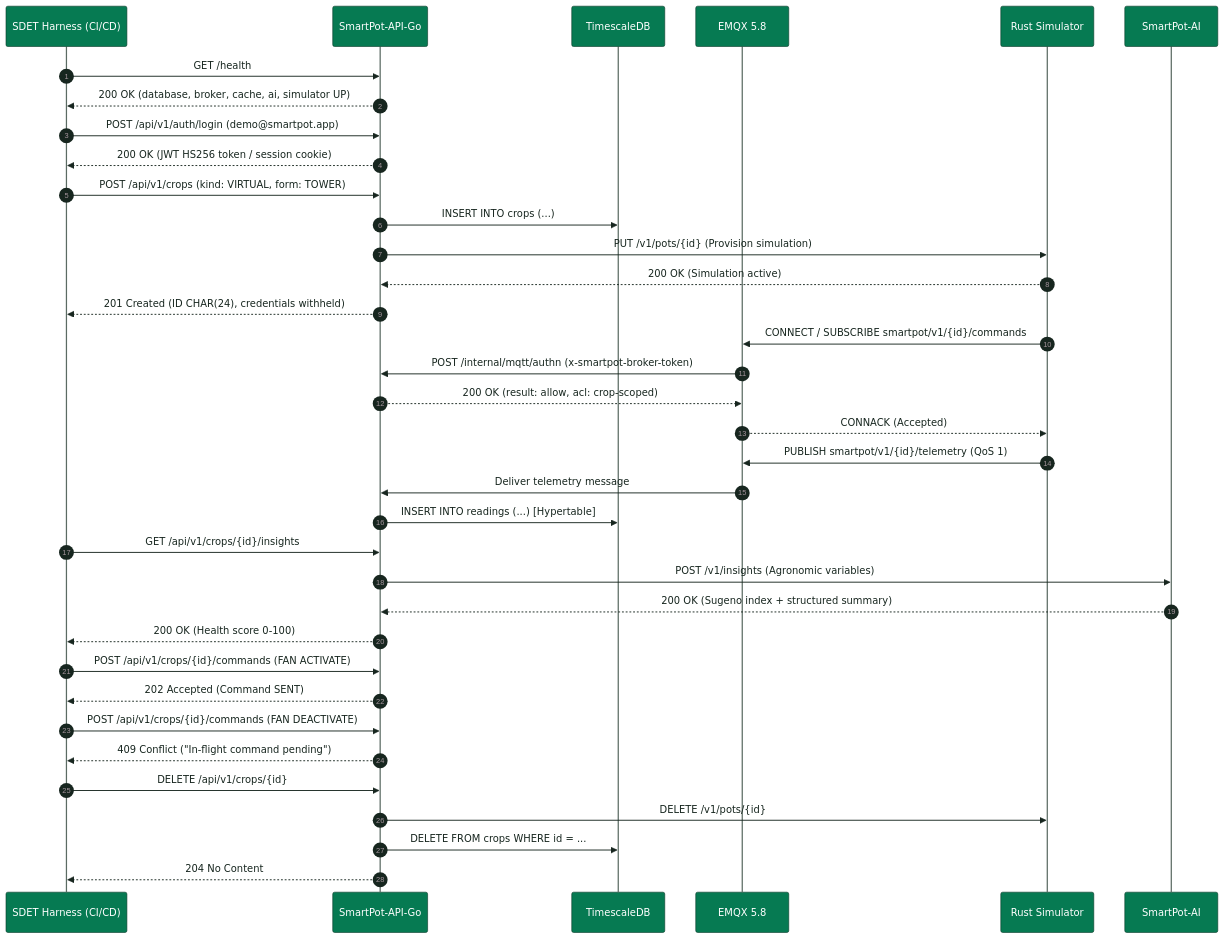
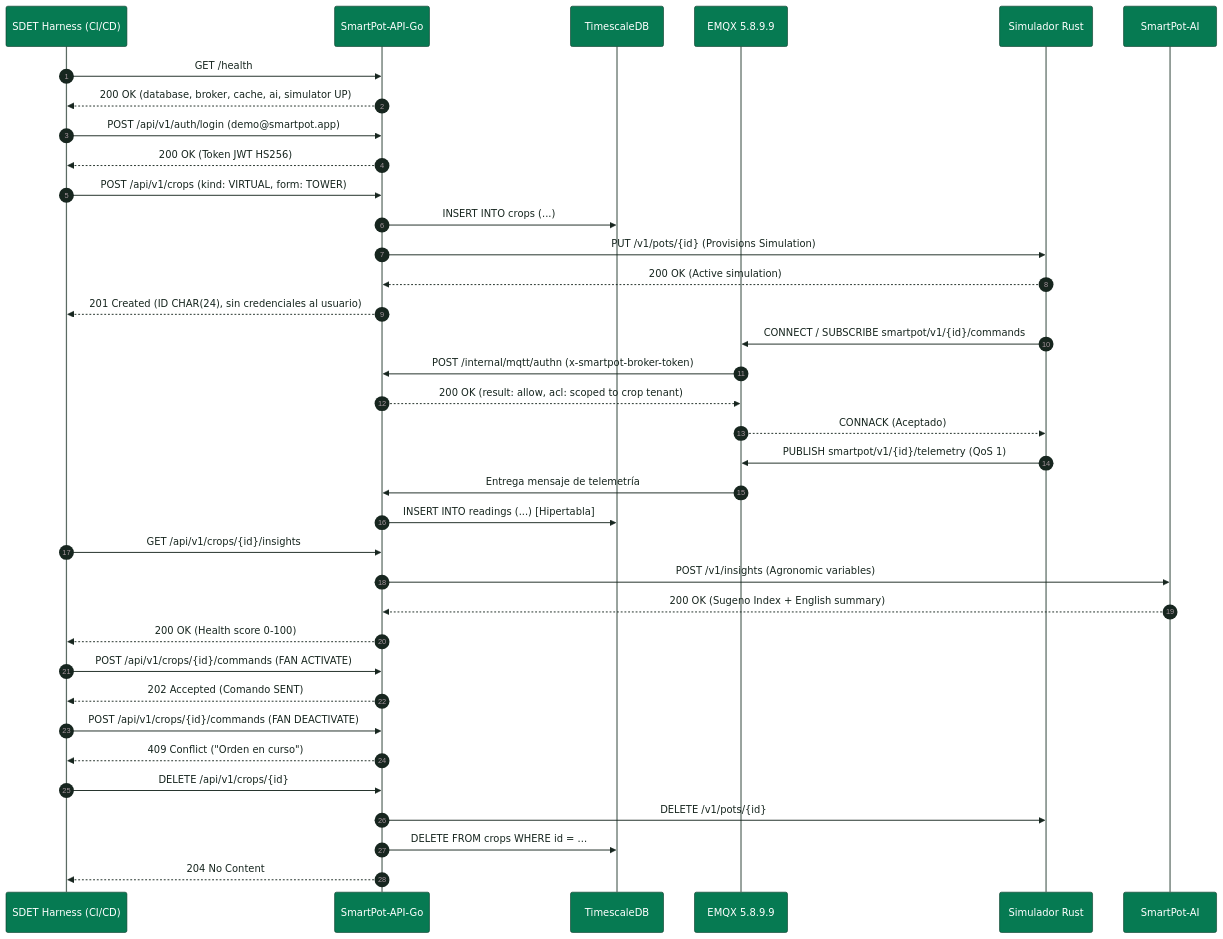
One commit to SmartPotTech/.github changed the first of 2 diagrams in docs/SmartPot_QA_Audit_AB.md. Above: the diagram before and after it, drawn with Mermaid. The commit also changed other lines of this file and 186 other files, not shown here.

Commit message:
docs(specs): synchronize 100% english organization documentation, diagrams, and formal deliverables

````diff
--- a/docs/SmartPot_QA_Audit_AB.md
+++ b/docs/SmartPot_QA_Audit_AB.md
@@ -79,47 +75,47 @@
 ```mermaid
 %%{init: {"theme": "base", "fontFamily": "Segoe UI, Arial, sans-serif", "themeVariables": {"fontFamily": "Segoe UI, Arial, sans-serif", "fontSize": "15px", "primaryColor": "#DDF5EA", "primaryTextColor": "#17261F", "primaryBorderColor": "#067A52", "secondaryColor": "#E3F2FB", "secondaryTextColor": "#17261F", "secondaryBorderColor": "#1F6FA0", "tertiaryColor": "#F2F7F4", "tertiaryTextColor": "#17261F", "tertiaryBorderColor": "#D5E3DC", "lineColor": "#5B6B63", "textColor": "#17261F", "mainBkg": "#DDF5EA", "nodeBorder": "#067A52", "clusterBkg": "#F7FAF8", "clusterBorder": "#D5E3DC", "edgeLabelBackground": "#FFFFFF", "actorBkg": "#067A52", "actorBorder": "#0B3D2B", "actorTextColor": "#FFFFFF", "actorLineColor": "#5B6B63", "signalColor": "#17261F", "signalTextColor": "#17261F", "labelBoxBkgColor": "#0B3D2B", "labelBoxBorderColor": "#0B3D2B", "labelTextColor": "#FFFFFF", "loopTextColor": "#0B3D2B", "noteBkgColor": "#FDF4DD", "noteBorderColor": "#C98D12", "noteTextColor": "#17261F", "activationBkgColor": "#DDF5EA", "activationBorderColor": "#067A52", "attributeBackgroundColorOdd": "#FFFFFF", "attributeBackgroundColorEven": "#F2F7F4"}}}%%
 sequenceDiagram
   autonumber
   participant SDET as SDET Harness (CI/CD)
   participant API as SmartPot-API-Go
   participant DB as TimescaleDB
-  participant BROKER as EMQX 5.8
-  participant SIM as Rust Simulator
+  participant BROKER as EMQX 5.8.9.9
+  participant SIM as Simulador Rust
   participant AI as SmartPot-AI
 
   SDET->>API: GET /health
   API-->>SDET: 200 OK (database, broker, cache, ai, simulator UP)
   
   SDET->>API: POST /api/v1/auth/login (demo@smartpot.app)
-  API-->>SDET: 200 OK (JWT HS256 token / session cookie)
+  API-->>SDET: 200 OK (Token JWT HS256)
 
   SDET->>API: POST /api/v1/crops (kind: VIRTUAL, form: TOWER)
   API->>DB: INSERT INTO crops (...)
-  API->>SIM: PUT /v1/pots/{id} (Provision simulation)
-  SIM-->>API: 200 OK (Simulation active)
-  API-->>SDET: 201 Created (ID CHAR(24), credentials withheld)
+  API->>SIM: PUT /v1/pots/{id} (Provisions Simulation)
+  SIM-->>API: 200 OK (Active simulation)
+  API-->>SDET: 201 Created (ID CHAR(24), sin credenciales al usuario)
 
   SIM->>BROKER: CONNECT / SUBSCRIBE smartpot/v1/{id}/commands
   BROKER->>API: POST /internal/mqtt/authn (x-smartpot-broker-token)
-  API-->>BROKER: 200 OK (result: allow, acl: crop-scoped)
-  BROKER-->>SIM: CONNACK (Accepted)
+  API-->>BROKER: 200 OK (result: allow, acl: scoped to crop tenant)
+  BROKER-->>SIM: CONNACK (Aceptado)
 
   SIM->>BROKER: PUBLISH smartpot/v1/{id}/telemetry (QoS 1)
-  BROKER->>API: Deliver telemetry message
-  API->>DB: INSERT INTO readings (...) [Hypertable]
+  BROKER->>API: Entrega mensaje de telemetría
+  API->>DB: INSERT INTO readings (...) [Hipertabla]
 
   SDET->>API: GET /api/v1/crops/{id}/insights
   API->>AI: POST /v1/insights (Agronomic variables)
-  AI-->>API: 200 OK (Sugeno index + structured summary)
+  AI-->>API: 200 OK (Sugeno Index + English summary)
   API-->>SDET: 200 OK (Health score 0-100)
 
   SDET->>API: POST /api/v1/crops/{id}/commands (FAN ACTIVATE)
-  API-->>SDET: 202 Accepted (Command SENT)
+  API-->>SDET: 202 Accepted (Comando SENT)
   SDET->>API: POST /api/v1/crops/{id}/commands (FAN DEACTIVATE)
-  API-->>SDET: 409 Conflict ("In-flight command pending")
+  API-->>SDET: 409 Conflict ("Orden en curso")
 
   SDET->>API: DELETE /api/v1/crops/{id}
   API->>SIM: DELETE /v1/pots/{id}
   API->>DB: DELETE FROM crops WHERE id = ...
   API-->>SDET: 204 No Content
 ```
````
